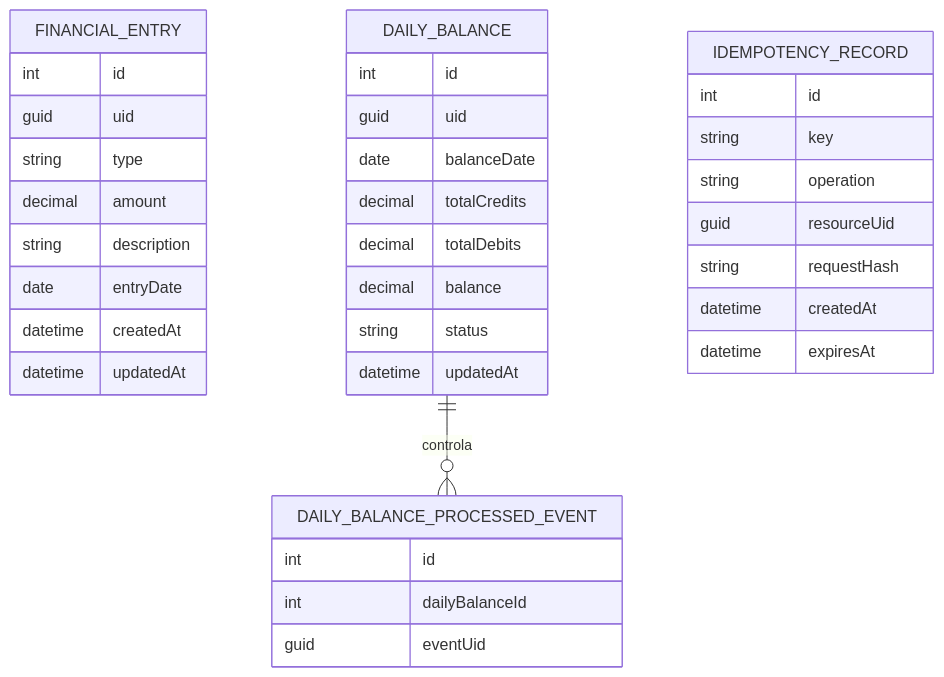
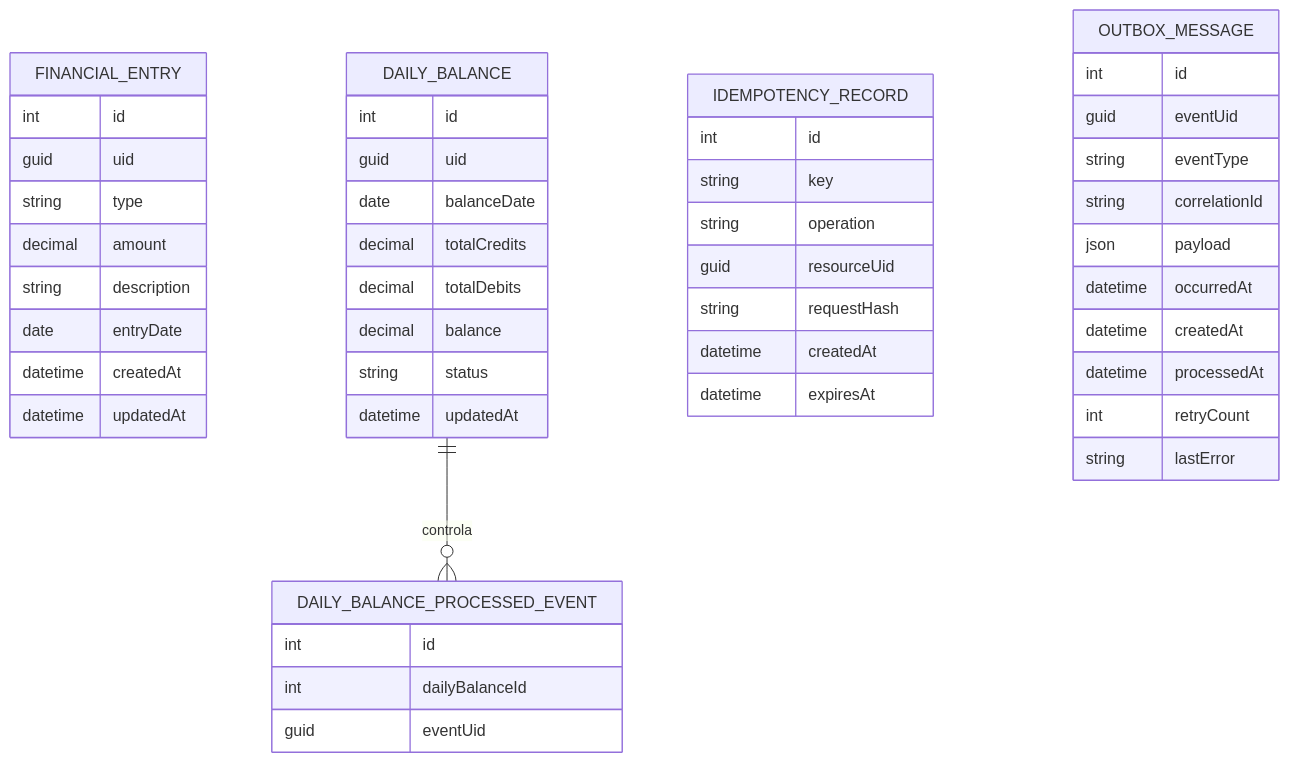
Before and after one commit to vanessabrava/cash-flow-architecture: the diagram in docs/06-modelo-de-dados.md, drawn with Mermaid. The commit also changed other lines of this file and 24 other files, not shown here.

````diff
--- a/docs/06-modelo-de-dados.md
+++ b/docs/06-modelo-de-dados.md
@@ -105,42 +122,55 @@
 ```mermaid
 erDiagram
     FINANCIAL_ENTRY {
         int id
         guid uid
         string type
         decimal amount
         string description
         date entryDate
         datetime createdAt
         datetime updatedAt
     }
 
     DAILY_BALANCE {
         int id
         guid uid
         date balanceDate
         decimal totalCredits
         decimal totalDebits
         decimal balance
         string status
         datetime updatedAt
     }
 
     DAILY_BALANCE_PROCESSED_EVENT {
         int id
         int dailyBalanceId
         guid eventUid
     }
 
     IDEMPOTENCY_RECORD {
         int id
         string key
         string operation
         guid resourceUid
         string requestHash
         datetime createdAt
         datetime expiresAt
     }
 
+    OUTBOX_MESSAGE {
+        int id
+        guid eventUid
+        string eventType
+        string correlationId
+        json payload
+        datetime occurredAt
+        datetime createdAt
+        datetime processedAt
+        int retryCount
+        string lastError
+    }
+
     DAILY_BALANCE ||--o{ DAILY_BALANCE_PROCESSED_EVENT : controla
 ```
````
